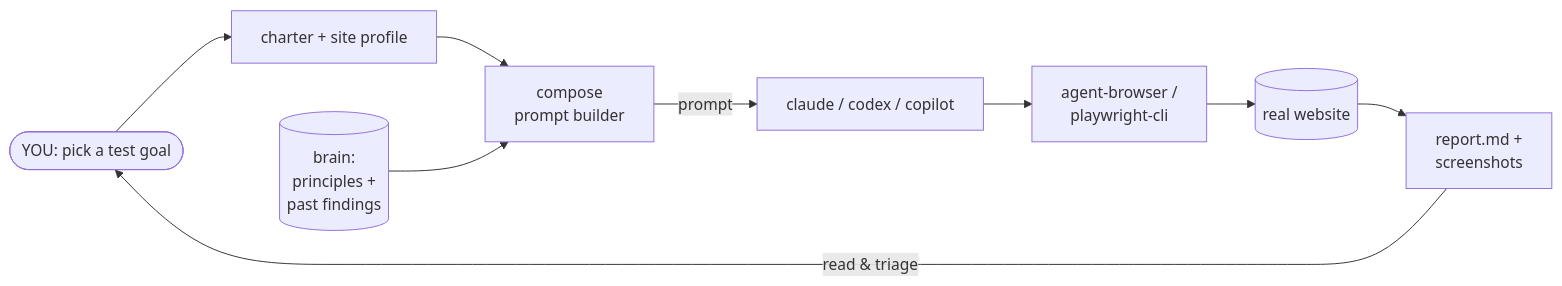
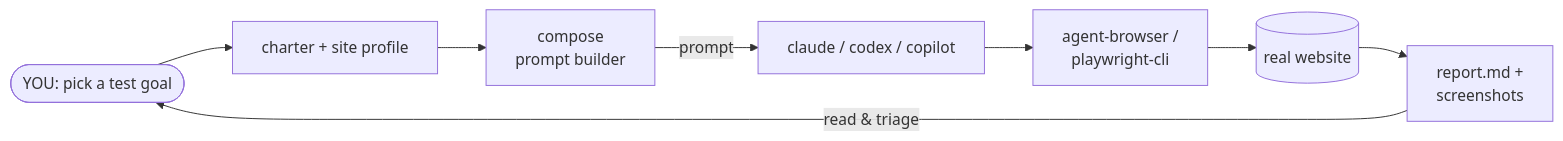
The first of 3 diagrams in README.md (alexanderop/explore-qa), drawn with Mermaid before and after one commit. The commit also changed other lines of this file and 40 other files, not shown here.

````diff
--- a/README.md
+++ b/README.md
@@ -19,18 +19,16 @@
 ```mermaid
 flowchart LR
     you([YOU: pick a test goal])
     charter[charter + site profile]
     compose[compose<br/>prompt builder]
-    brain[(brain:<br/>principles +<br/>past findings)]
     agent[claude / codex / copilot]
     browser[agent-browser /<br/>playwright-cli]
     site[(real website)]
     report[report.md +<br/>screenshots]
 
     you --> charter --> compose
-    brain --> compose
     compose -- prompt --> agent
     agent --> browser --> site
     site --> report
     report -- read & triage --> you
 ```
````
